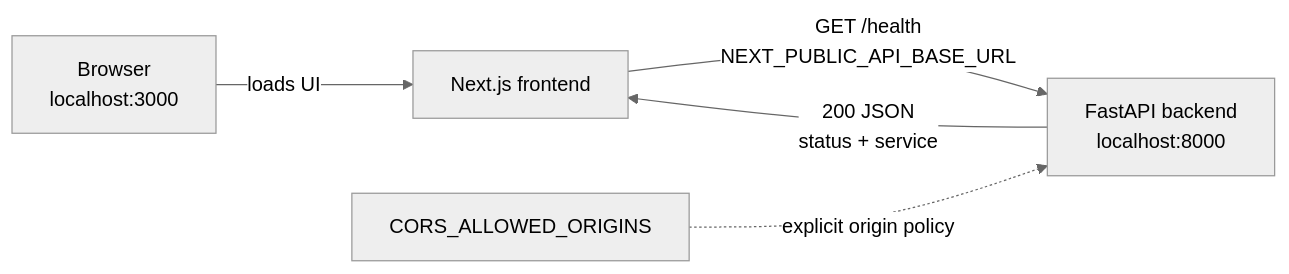
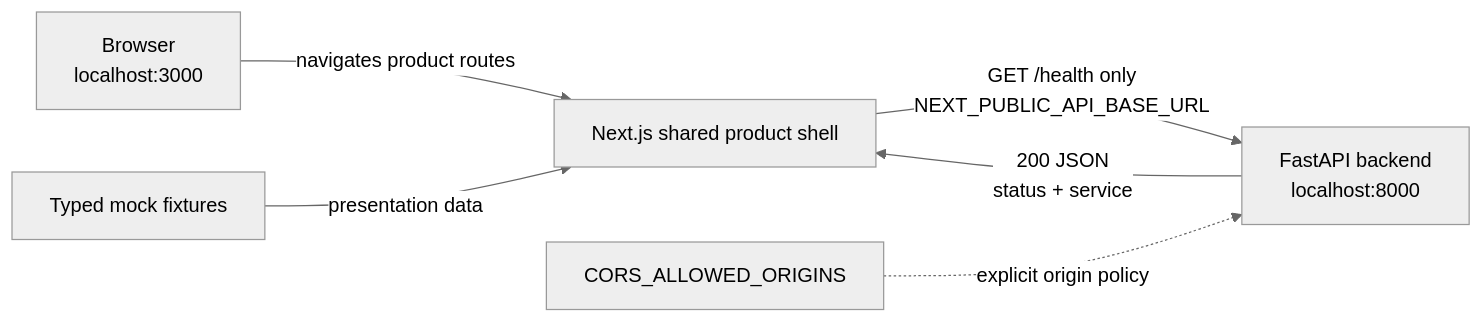
The diagram in docs/architecture.md (themontyboi/autonomous-shadow-it-tracker), drawn with Mermaid (neutral theme) before and after one commit. The commit also changed other lines of this file and 31 other files, not shown here.

````diff
--- a/docs/architecture.md
+++ b/docs/architecture.md
@@ -10,7 +11,8 @@
 ```mermaid
 flowchart LR
-    B["Browser<br/>localhost:3000"] -->|"loads UI"| N["Next.js frontend"]
-    N -->|"GET /health<br/>NEXT_PUBLIC_API_BASE_URL"| F["FastAPI backend<br/>localhost:8000"]
+    B["Browser<br/>localhost:3000"] -->|"navigates product routes"| N["Next.js shared product shell"]
+    M["Typed mock fixtures"] -->|"presentation data"| N
+    N -->|"GET /health only<br/>NEXT_PUBLIC_API_BASE_URL"| F["FastAPI backend<br/>localhost:8000"]
     F -->|"200 JSON<br/>status + service"| N
     C["CORS_ALLOWED_ORIGINS"] -.->|"explicit origin policy"| F
 ```
````
